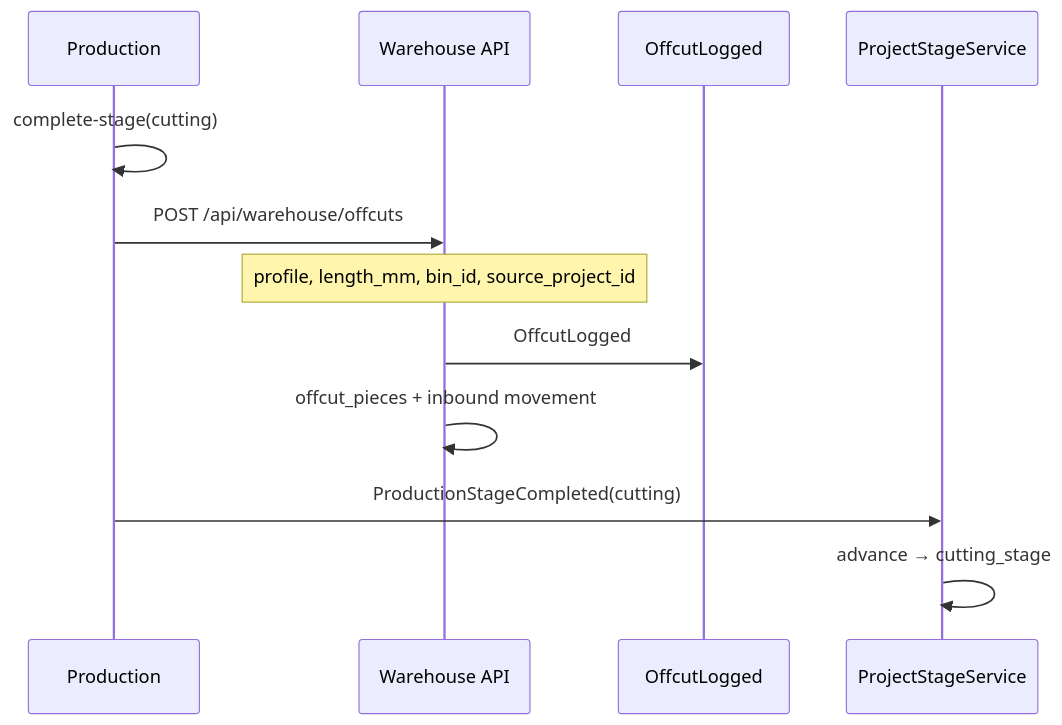
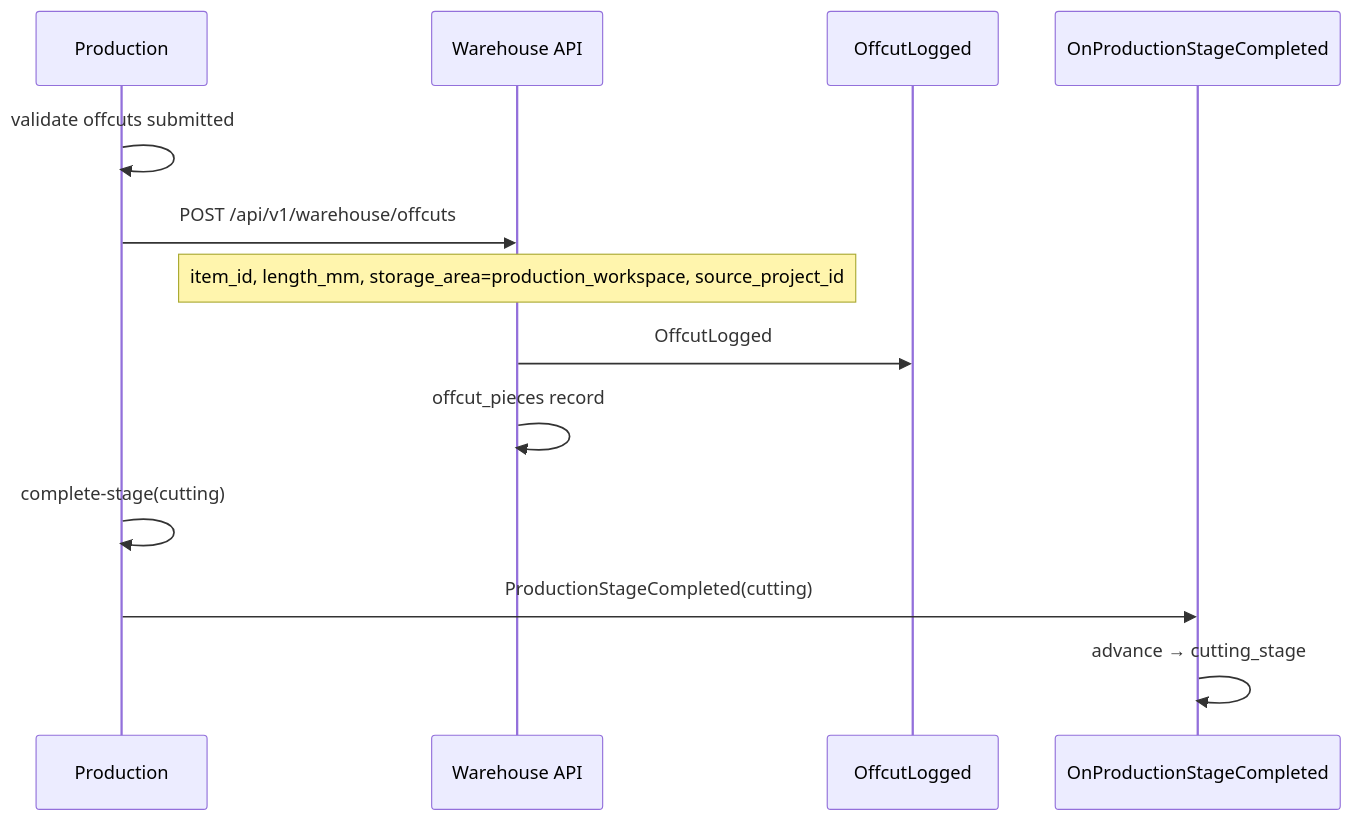
One commit to hassankirwa/BiboErm-Prod changed the fourth of 4 diagrams in docs/PRODUCTION.MD. Above: the diagram before and after it, drawn with Mermaid. The commit also changed other lines of this file and 197 other files, not shown here.

````diff
--- a/docs/PRODUCTION.MD
+++ b/docs/PRODUCTION.MD
@@ -457,15 +595,16 @@
 ```mermaid
 sequenceDiagram
     participant PROD as Production
     participant WH as Warehouse API
     participant EVT as OffcutLogged
-    participant PM as ProjectStageService
+    participant PM as OnProductionStageCompleted
 
+    PROD->>PROD: validate offcuts submitted
+    PROD->>WH: POST /api/v1/warehouse/offcuts
+    Note over WH: item_id, length_mm, storage_area=production_workspace, source_project_id
+    WH->>EVT: OffcutLogged
+    WH->>WH: offcut_pieces record
     PROD->>PROD: complete-stage(cutting)
-    PROD->>WH: POST /api/warehouse/offcuts
-    Note over WH: profile, length_mm, bin_id, source_project_id
-    WH->>EVT: OffcutLogged
-    WH->>WH: offcut_pieces + inbound movement
     PROD->>PM: ProductionStageCompleted(cutting)
     PM->>PM: advance → cutting_stage
 ```
````
